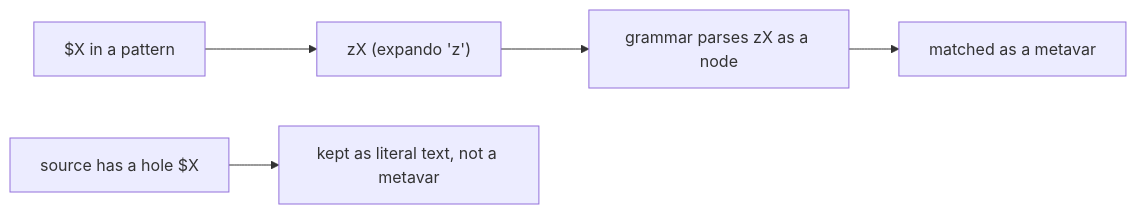
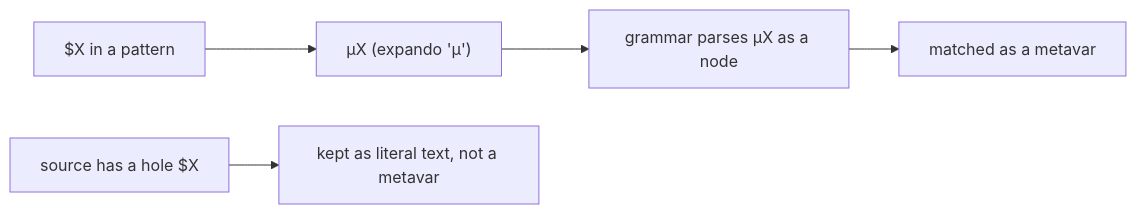
One commit to hafley66/sprefa changed the second of 4 diagrams in plans/2026-08-25-extract-astgrep-soopy.PLAN.visual.human.unga.md. Above: the diagram before and after it, drawn with Mermaid. The commit also changed 1 other file, not shown here.

Commit message:
plan: expando_char 'z' -> 'µ' in both docs
ast-grep-language lib.rs:196-211 uses 'µ' for every language whose $ is taken;
'z' collides with lowercase identifiers. Aligns the ExtractLang expando choice
with the crate convention.

````diff
--- a/plans/2026-08-25-extract-astgrep-soopy.PLAN.visual.human.unga.md
+++ b/plans/2026-08-25-extract-astgrep-soopy.PLAN.visual.human.unga.md
@@ -61,7 +61,7 @@
 ```mermaid
 flowchart LR
-    P["$X in a pattern"] --> REWRITE["zX (expando 'z')"]
-    REWRITE --> GRAM["grammar parses zX as a node"]
+    P["$X in a pattern"] --> REWRITE["µX (expando 'µ')"]
+    REWRITE --> GRAM["grammar parses µX as a node"]
     GRAM --> META["matched as a metavar"]
     SRC["source has a hole $X"] --> COLLIDE["kept as literal text, not a metavar"]
 ```
````
